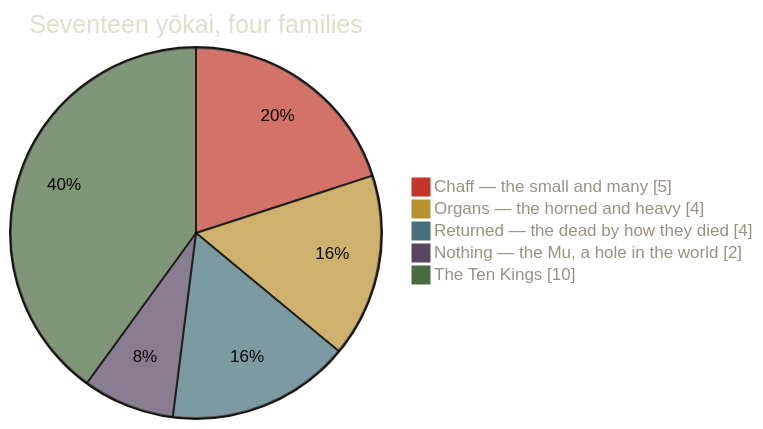
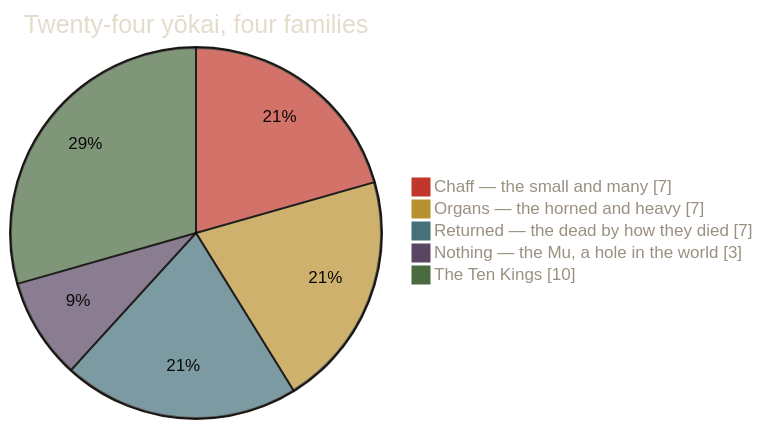
The first of 2 diagrams in README.md (SenseiIssei/HYAKKI), drawn with Mermaid before and after one commit. The commit also changed other lines of this file and 3 other files, not shown here.

````diff
--- a/README.md
+++ b/README.md
@@ -79,10 +83,10 @@
 ```mermaid
 %%{init: {'theme':'base','themeVariables':{'pie1':'#c1372b','pie2':'#b8912f','pie3':'#46707a','pie4':'#5a4663','pie5':'#4a6b3f','pieStrokeColor':'#0a0908','pieOuterStrokeColor':'#251e19','pieTitleTextColor':'#e4dccb','pieSectionTextColor':'#0a0908','pieLegendTextColor':'#9a9081'}}}%%
 pie showData
-    title Seventeen yōkai, four families
-    "Chaff — the small and many" : 5
-    "Organs — the horned and heavy" : 4
-    "Returned — the dead by how they died" : 4
-    "Nothing — the Mu, a hole in the world" : 2
+    title Twenty-four yōkai, four families
+    "Chaff — the small and many" : 7
+    "Organs — the horned and heavy" : 7
+    "Returned — the dead by how they died" : 7
+    "Nothing — the Mu, a hole in the world" : 3
     "The Ten Kings" : 10
 ```
````
